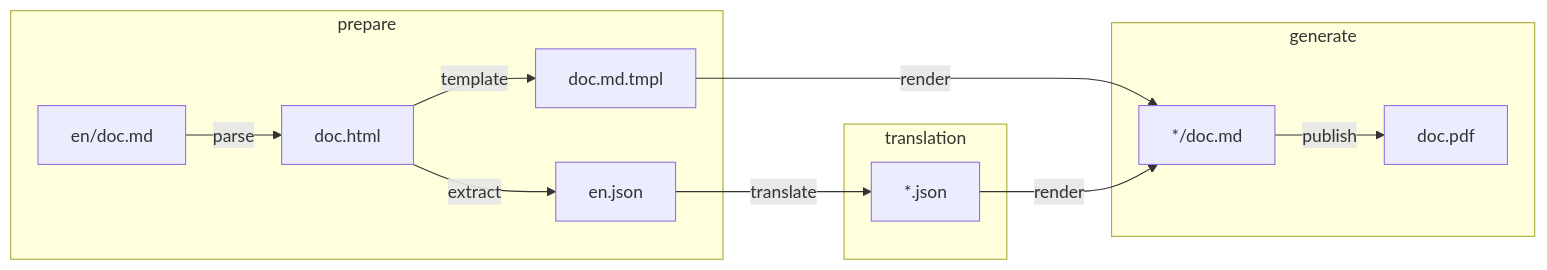
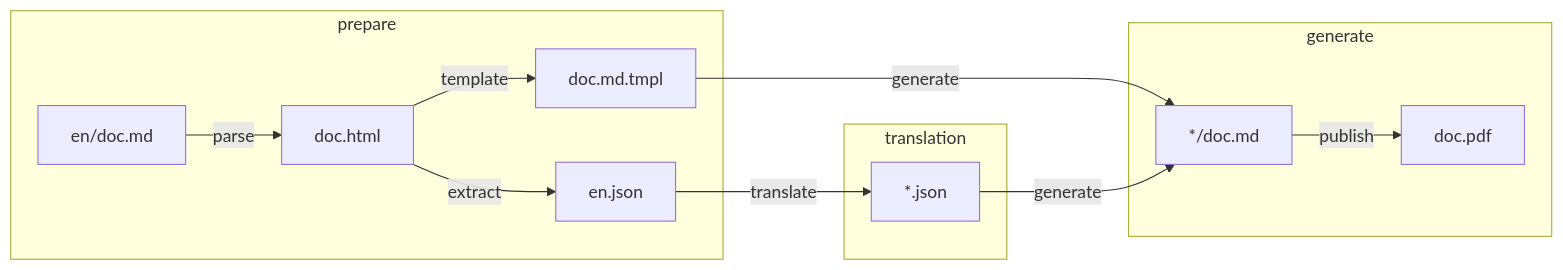
One commit to getlantern/illuminated changed the diagram in README.md. Above: the diagram before and after it, drawn with Mermaid. The commit also changed other lines of this file, not shown here.

Commit message:
consistent nomenclature

````diff
--- a/README.md
+++ b/README.md
@@ -15,17 +15,17 @@
 ```mermaid
 flowchart LR
   subgraph prepare
     en/doc.md --> |parse| doc.html 
     doc.html --> |extract| en.json
     doc.html --> |template| doc.md.tmpl 
   end
   subgraph translation
     *.json
   end
   subgraph generate
     en.json --> |translate| *.json
-    doc.md.tmpl --> |render| */doc.md
-    *.json --> |render| */doc.md
+    doc.md.tmpl --> |generate| */doc.md
+    *.json --> |generate| */doc.md
     */doc.md --> |publish| doc.pdf
   end
 ```
````
